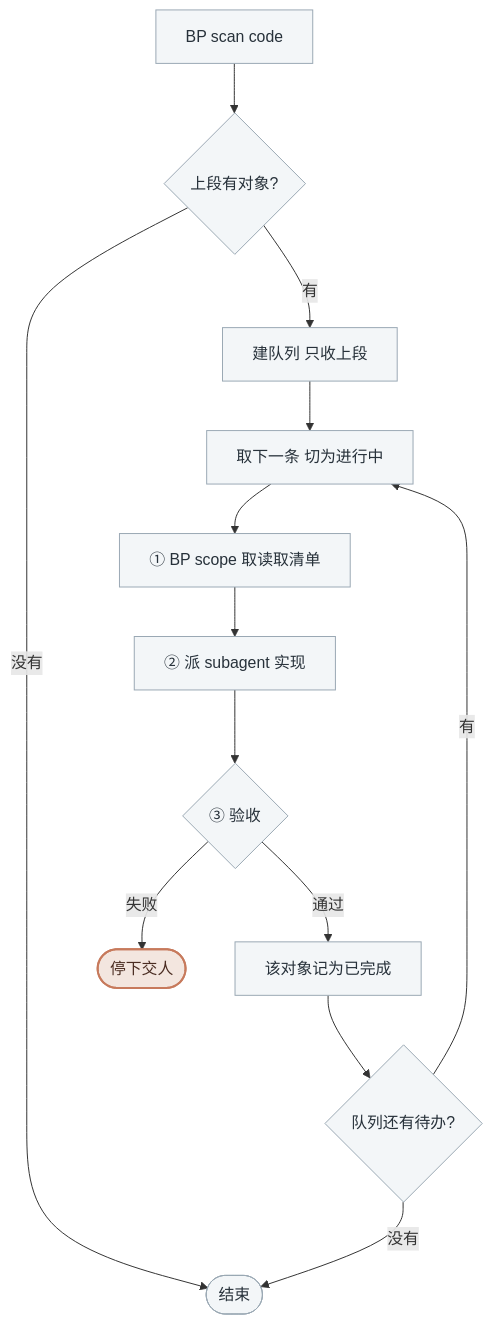
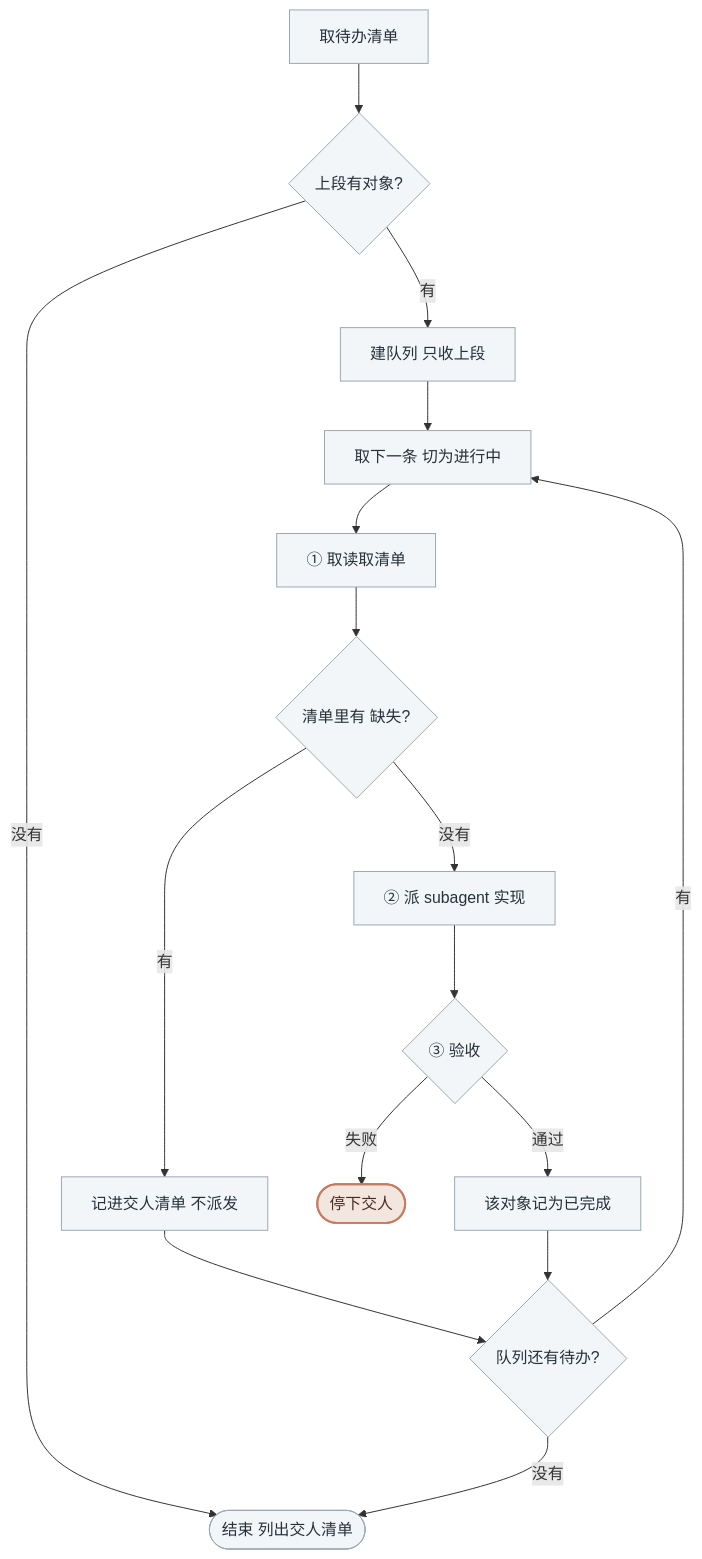
The diagram in skills/blueprint/assets/skills/code.md (chxt100016/blueprint), drawn with Mermaid before and after one commit. The commit also changed other lines of this file and 45 other files, not shown here.

````diff
--- a/skills/blueprint/assets/skills/code.md
+++ b/skills/blueprint/assets/skills/code.md
@@ -57,19 +44,22 @@
 ```mermaid
 flowchart TD
-    S1[BP scan code] --> S2{上段有对象?}
-    S2 -->|没有| ZZ([结束])
+    S1[取待办清单] --> S2{上段有对象?}
+    S2 -->|没有| ZZ([结束 列出交人清单])
     S2 -->|有| S3[建队列 只收上段]
     S3 --> S4[取下一条 切为进行中]
-    S4 --> C[① BP scope 取读取清单]
-    C --> D[② 派 subagent 实现]
+    S4 --> C[① 取读取清单]
+    C --> C2{清单里有 缺失?}
+    C2 -->|有| C3[记进交人清单 不派发]
+    C3 --> S6
+    C2 -->|没有| D[② 派 subagent 实现]
     D --> E{③ 验收}
     E -->|失败| J([停下交人])
     E -->|通过| S5[该对象记为已完成]
     S5 --> S6{队列还有待办?}
     S6 -->|有| S4
     S6 -->|没有| ZZ
 
     classDef default fill:#f3f6f8,stroke:#9aa8b4,color:#27313a
     classDef human fill:#f3e6df,stroke:#c77a5c,color:#4a2c21,stroke-width:2px
     class J human
 ```
````
